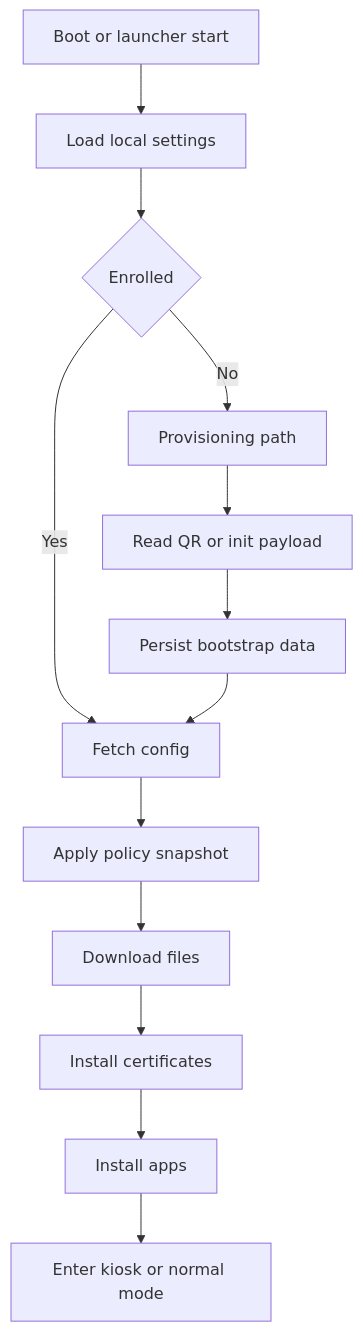
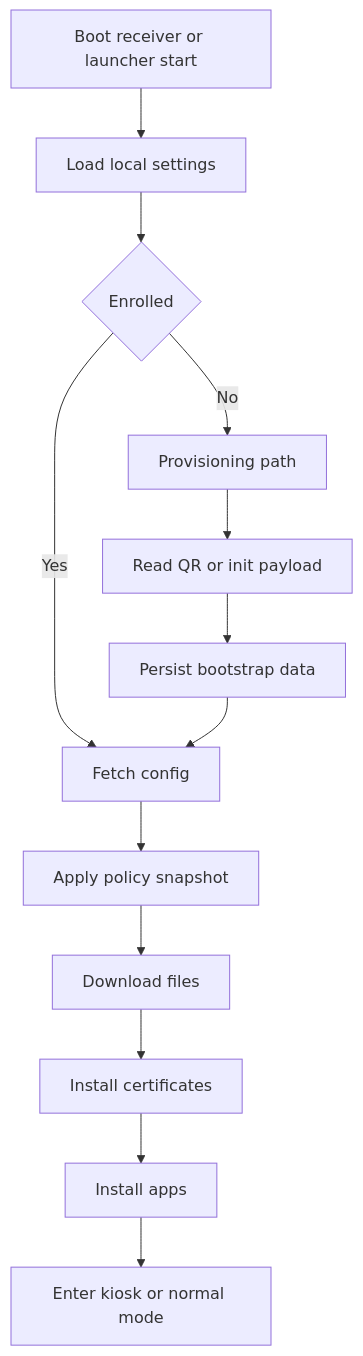
One commit to dev6699/xmdm changed the diagram in blueprint/04-device-agent.md. Above: the diagram before and after it, drawn with Mermaid. The commit also changed other lines of this file and 27 other files, not shown here.

````diff
--- a/blueprint/04-device-agent.md
+++ b/blueprint/04-device-agent.md
@@ -35,15 +35,15 @@
 ```mermaid
 flowchart TD
-    A[Boot or launcher start] --> B[Load local settings]
+    A[Boot receiver or launcher start] --> B[Load local settings]
     B --> C{Enrolled}
     C -->|No| D[Provisioning path]
     C -->|Yes| E[Fetch config]
     D --> F[Read QR or init payload]
     F --> G[Persist bootstrap data]
     G --> E
     E --> H[Apply policy snapshot]
     H --> I[Download files]
     I --> J[Install certificates]
     J --> K[Install apps]
     K --> L[Enter kiosk or normal mode]
 ```
````
